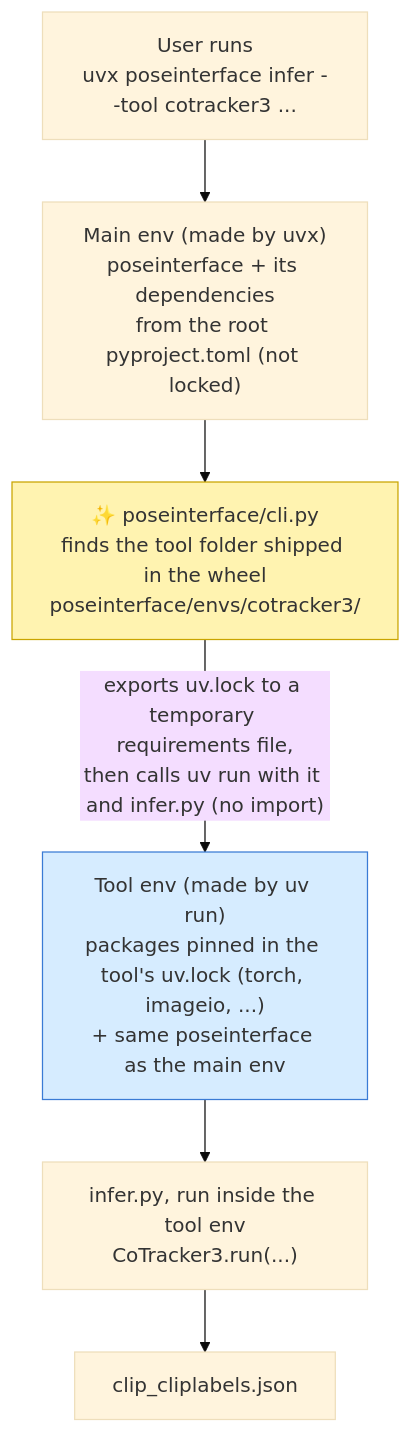
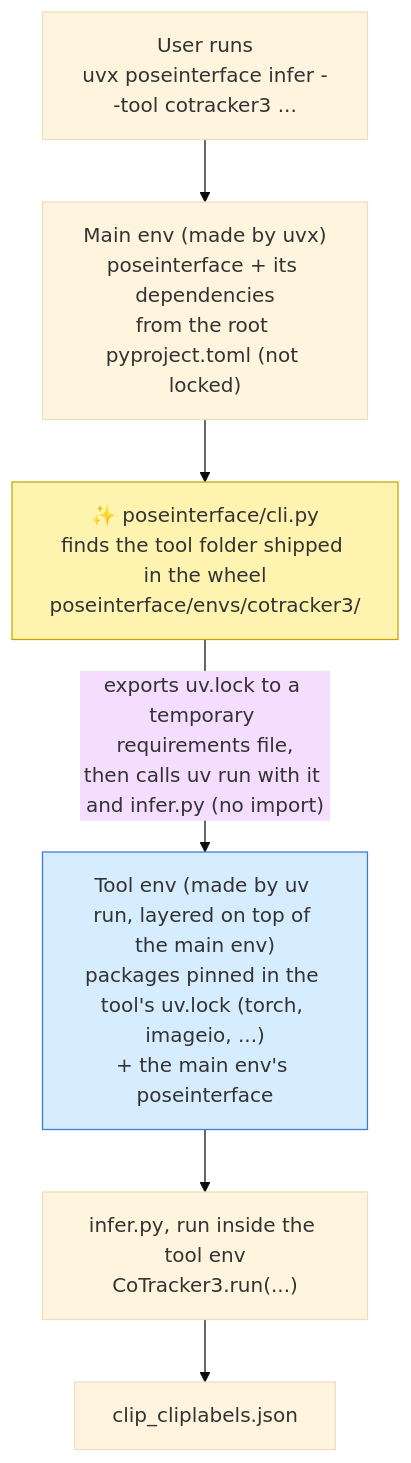
The first of 2 diagrams in proposal-uv-envs.md (neuroinformatics-unit/poseinterface), drawn with Mermaid (base theme) before and after one commit. The commit also changed other lines of this file, not shown here.

````diff
--- a/proposal-uv-envs.md
+++ b/proposal-uv-envs.md
@@ -31,19 +32,19 @@
 ```mermaid
 flowchart TD
     U["User runs<br/>uvx poseinterface infer --tool cotracker3 ..."]
     M["Main env (made by uvx)<br/>poseinterface + its dependencies<br/>from the root pyproject.toml (not locked)"]
     D["✨ poseinterface/cli.py<br/>finds the tool folder shipped in the wheel<br/>poseinterface/envs/cotracker3/"]
-    T["Tool env (made by uv run)<br/>packages pinned in the tool's uv.lock (torch, imageio, ...)<br/>+ same poseinterface as the main env"]
+    T["Tool env (made by uv run, layered on top of the main env)<br/>packages pinned in the tool's uv.lock (torch, imageio, ...)<br/>+ the main env's poseinterface"]
     W["infer.py, run inside the tool env<br/>CoTracker3.run(...)"]
     O["clip_cliplabels.json"]
 
     U --> M --> D
     D -->|"exports uv.lock to a temporary requirements file,<br/>then calls uv run with it and infer.py (no import)"| T
     T --> W --> O
 
     style D fill:#fff3b0,stroke:#c9a400
     style T fill:#d6ecff,stroke:#3a7bd5
 
     click D href "https://github.com/neuroinformatics-unit/poseinterface/blob/envs-management/poseinterface" _blank
     click W href "https://github.com/neuroinformatics-unit/poseinterface/blob/envs-management/envs/cotracker3/infer.py#L103" _blank
 ```
````
